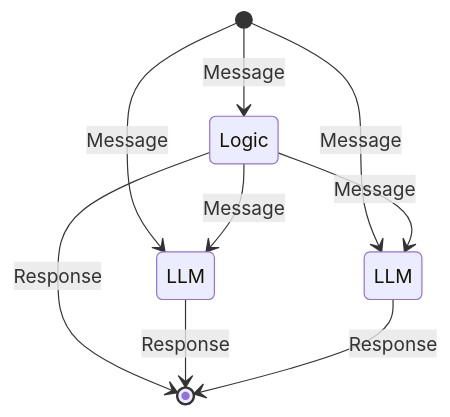
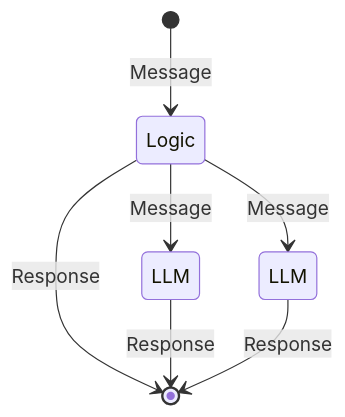
One commit to tidepool-heavy-industries/exomonad changed the fifth of 9 diagrams in src/Tidepool/Graph/diagrams.md. Above: the diagram before and after it, drawn with Mermaid. The commit also changed other lines of this file and 1 other file, not shown here.

First line of the commit message:
Structure-based entry edges for Mermaid diagrams

````diff
--- a/src/Tidepool/Graph/diagrams.md
+++ b/src/Tidepool/Graph/diagrams.md
@@ -105,15 +98,13 @@
 ```mermaid
 stateDiagram-v2
     route : Logic
     refund : LLM
     answer : LLM
 
     [*] --> route: Message
-    [*] --> refund: Message
-    [*] --> answer: Message
     route --> refund: Message
     route --> answer: Message
     route --> [*]: Response
     refund --> [*]: Response
     answer --> [*]: Response
 ```
````
